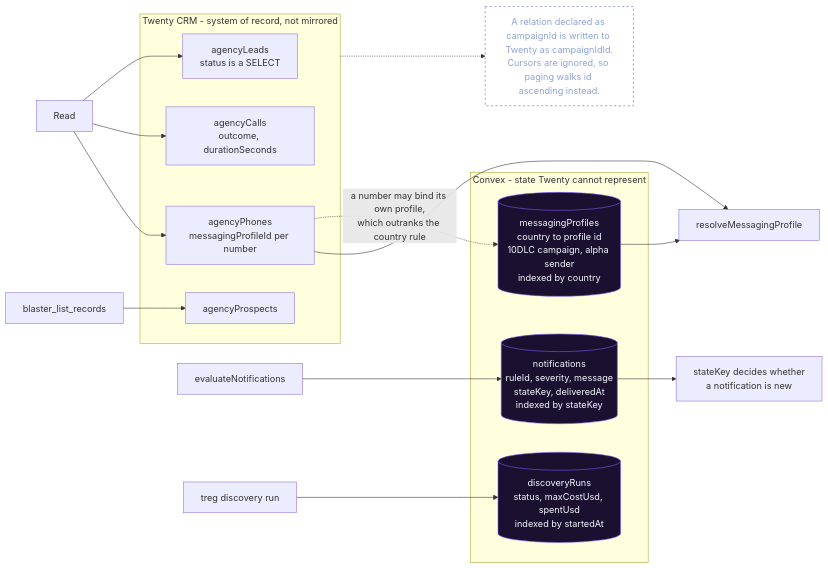
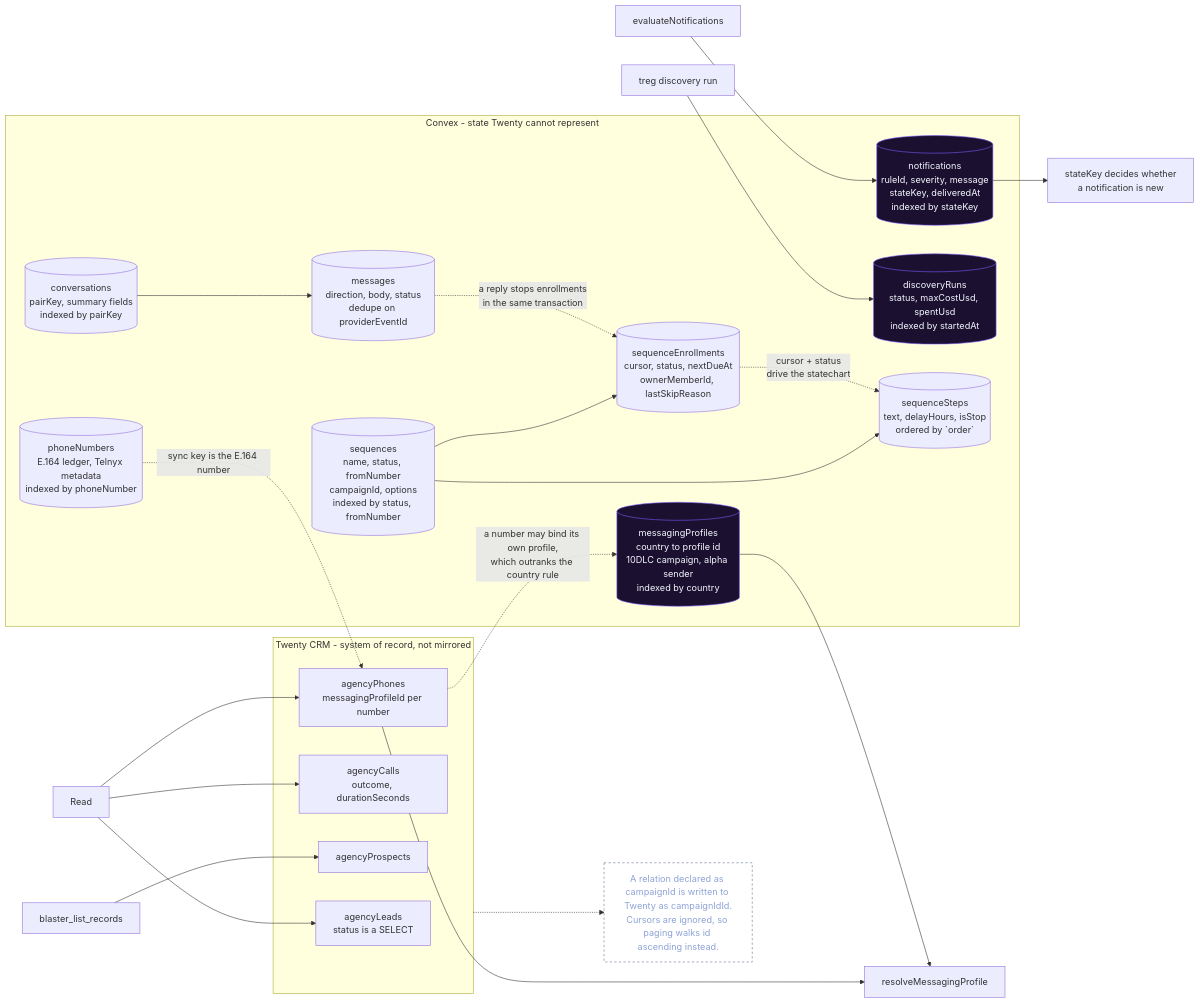
Before and after one commit to hack-lab-agentconnect/blaster: the diagram in docs/diagrams/data-model.mmd, drawn with Mermaid. The commit also changed 42 other files, not shown here.

```diff
--- a/docs/diagrams/data-model.mmd
+++ b/docs/diagrams/data-model.mmd
@@ -1,35 +1,48 @@
 %% Where state lives. Twenty is the system of record for pipeline data and is
 %% never mirrored; Convex holds only what Twenty cannot represent.
 flowchart LR
   subgraph twenty["Twenty CRM - system of record, not mirrored"]
     TL["agencyLeads<br/>status is a SELECT"]
     TC["agencyCalls<br/>outcome, durationSeconds"]
     TP["agencyProspects"]
     TPH["agencyPhones<br/>messagingProfileId per number"]
   end
 
   subgraph convex["Convex - state Twenty cannot represent"]
     MP[("messagingProfiles<br/>country to profile id<br/>10DLC campaign, alpha sender<br/>indexed by country")]
     NT[("notifications<br/>ruleId, severity, message<br/>stateKey, deliveredAt<br/>indexed by stateKey")]
     DR[("discoveryRuns<br/>status, maxCostUsd, spentUsd<br/>indexed by startedAt")]
+    SQ[("sequences<br/>name, status, fromNumber<br/>campaignId, options<br/>indexed by status, fromNumber")]
+    SS[("sequenceSteps<br/>text, delayHours, isStop<br/>ordered by `order`")]
+    SE[("sequenceEnrollments<br/>cursor, status, nextDueAt<br/>ownerMemberId, lastSkipReason")]
+    PN[("phoneNumbers<br/>E.164 ledger, Telnyx metadata<br/>indexed by phoneNumber")]
+    CV[("conversations<br/>pairKey, summary fields<br/>indexed by pairKey")]
+    MS[("messages<br/>direction, body, status<br/>dedupe on providerEventId")]
   end
 
   READ["Read"] --> TL
   READ --> TC
   LIST["blaster_list_records"] --> TP
   READ --> TPH
 
   TPH -. "a number may bind its own profile,<br/>which outranks the country rule" .-> MP
   MP --> RESOLVE["resolveMessagingProfile"]
   TPH --> RESOLVE
 
   RULES["evaluateNotifications"] --> NT
   NT --> KEY["stateKey decides whether<br/>a notification is new"]
   TREG["treg discovery run"] --> DR
 
+  SQ --> SS
+  SQ --> SE
+  SE -. "cursor + status<br/>drive the statechart" .-> SS
+  PN -. "sync key is the E.164 number" .-> TPH
+  CV --> MS
+  MS -. "a reply stops enrollments<br/>in the same transaction" .-> SE
+
   NOTE["A relation declared as campaignId is written to Twenty as campaignIdId.<br/>Cursors are ignored, so paging walks id ascending instead."]:::note
   twenty -.-> NOTE
 
   classDef note fill:none,stroke:#5f6f96,stroke-dasharray:4 4,color:#8ea3d6
   classDef store fill:#1b1030,stroke:#7c5cff,color:#f5f7ff
   class MP,NT,DR store
```
